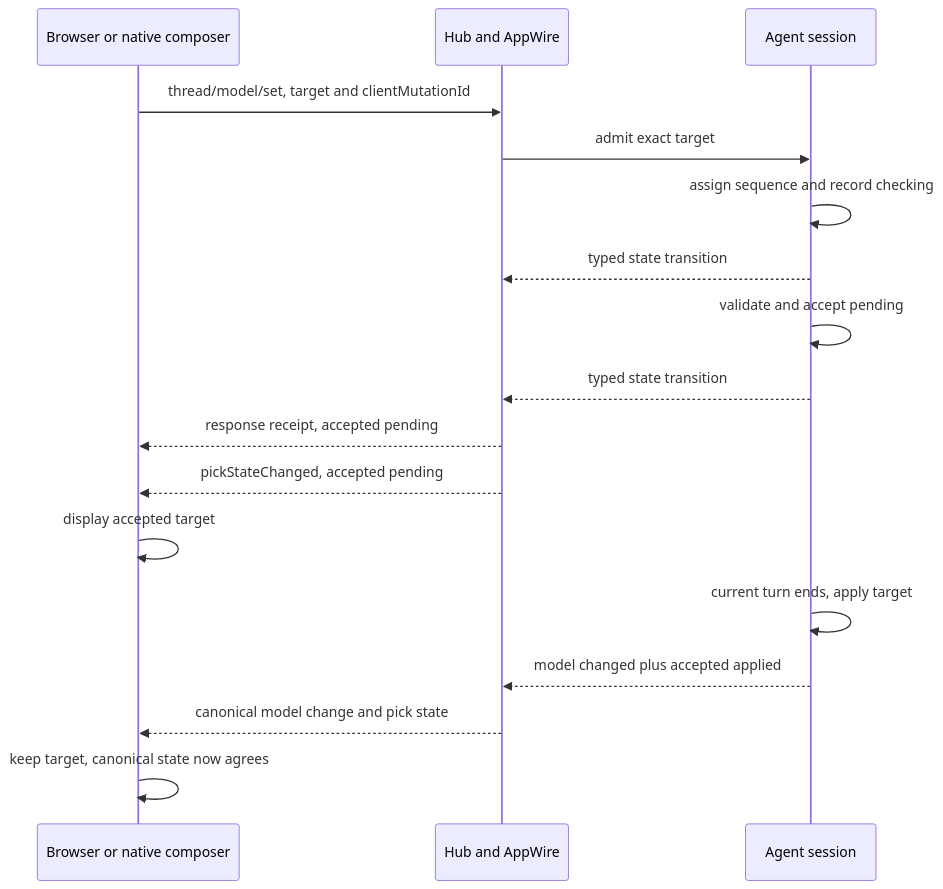
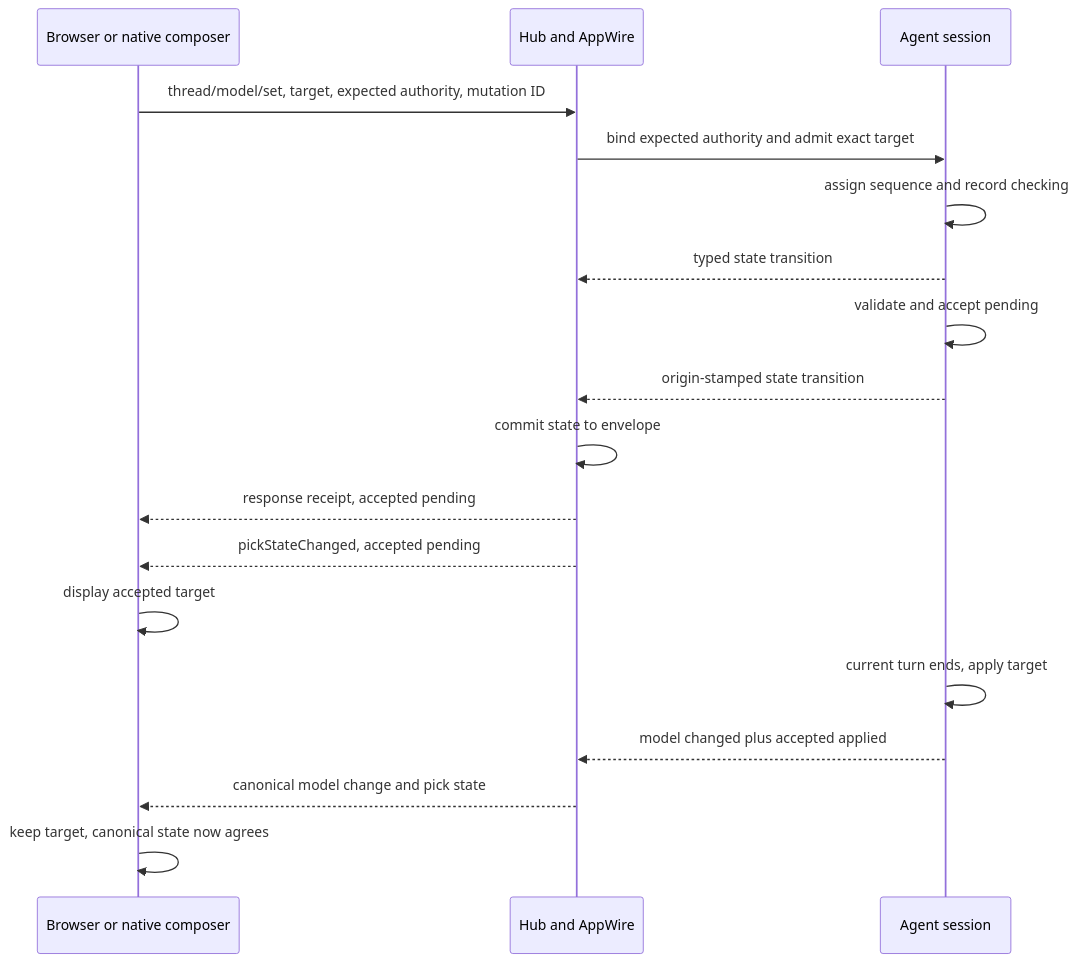
Before and after one commit to prime-radiant-inc/evener: the second of 2 diagrams in docs/superpowers/specs/2026-11-15-model-switch-authority-design.md, drawn with Mermaid. The commit also changed other lines of this file, not shown here.

Commit message:
docs: resolve model authority review findings

````diff
--- a/docs/superpowers/specs/2026-11-15-model-switch-authority-design.md
+++ b/docs/superpowers/specs/2026-11-15-model-switch-authority-design.md
@@ -203,19 +214,20 @@
 ```mermaid
 sequenceDiagram
     participant UI as Browser or native composer
     participant Hub as Hub and AppWire
     participant Session as Agent session
-    UI->>Hub: thread/model/set, target and clientMutationId
-    Hub->>Session: admit exact target
+    UI->>Hub: thread/model/set, target, expected authority, mutation ID
+    Hub->>Session: bind expected authority and admit exact target
     Session->>Session: assign sequence and record checking
     Session-->>Hub: typed state transition
     Session->>Session: validate and accept pending
-    Session-->>Hub: typed state transition
+    Session-->>Hub: origin-stamped state transition
+    Hub->>Hub: commit state to envelope
     Hub-->>UI: response receipt, accepted pending
     Hub-->>UI: pickStateChanged, accepted pending
     UI->>UI: display accepted target
     Session->>Session: current turn ends, apply target
     Session-->>Hub: model changed plus accepted applied
     Hub-->>UI: canonical model change and pick state
     UI->>UI: keep target, canonical state now agrees
 ```
````
